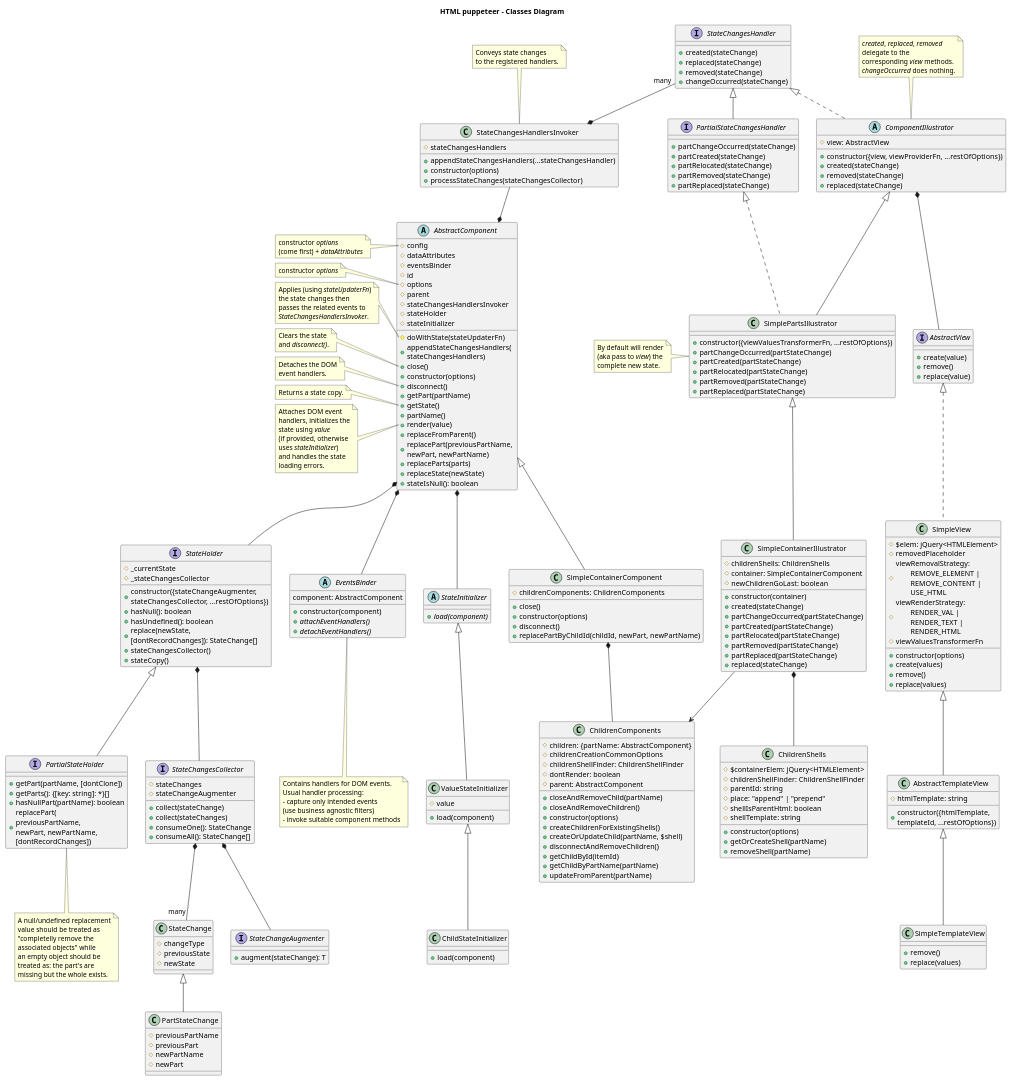
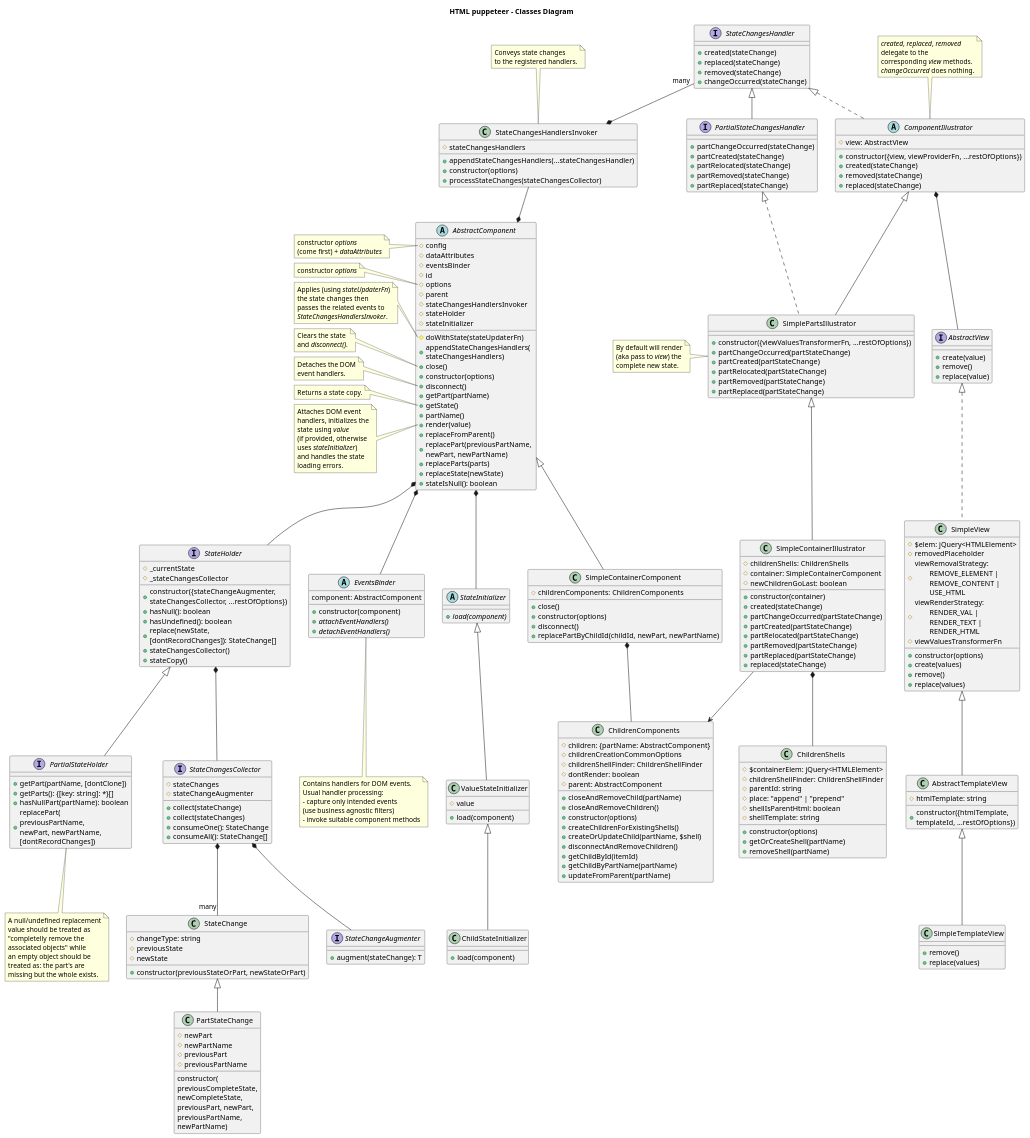
Before and after one commit to adrhc/html-puppeteer: the diagram in design/classes-diagram.puml, drawn with PlantUML.

Commit message:
classes-diagram.puml updated StateChange, PartStateChange

```diff
--- a/design/classes-diagram.puml
+++ b/design/classes-diagram.puml
@@ -197,16 +197,18 @@
 }
 
 class StateChange {
-#changeType
+#changeType: string
 #previousState
 #newState
++constructor(previousStateOrPart, newStateOrPart)
 }
 
 class PartStateChange extends StateChange {
+#newPart
+#newPartName
+#previousPart
 #previousPartName
-#previousPart
-#newPartName
-#newPart
+constructor(\npreviousCompleteState,\nnewCompleteState,\npreviousPart, newPart,\npreviousPartName,\nnewPartName)
 }
 
 'interface StateChangeAugmenter<T extends StateChange> {
```
